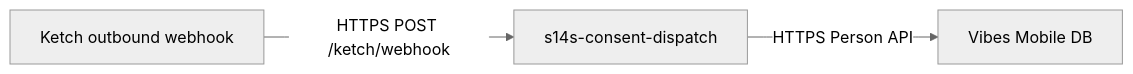
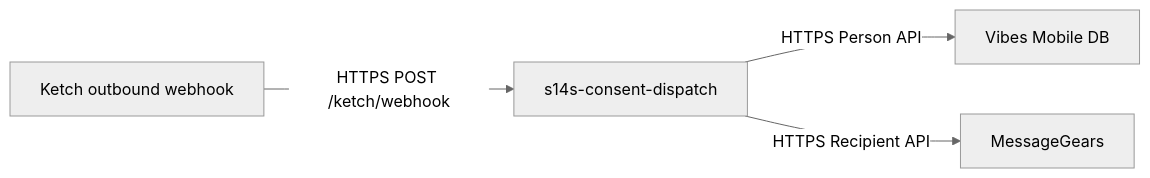
Before and after one commit to cesau78/s14s-consent-dispatch: the diagram in README.md, drawn with Mermaid (neutral theme). The commit also changed other lines of this file and 35 other files, not shown here.

First line of the commit message:
feat: downstream dispatch responses and MessageGears email sync

````diff
--- a/README.md
+++ b/README.md
@@ -40,9 +44,10 @@
 ```mermaid
 flowchart LR
   Ketch["Ketch outbound webhook"]
   Dispatch["s14s-consent-dispatch"]
   Vibes["Vibes Mobile DB"]
 
   Ketch -->|"HTTPS POST /ketch/webhook"| Dispatch
   Dispatch -->|"HTTPS Person API"| Vibes
+  Dispatch -->|"HTTPS Recipient API"| MessageGears["MessageGears"]
 ```
````
